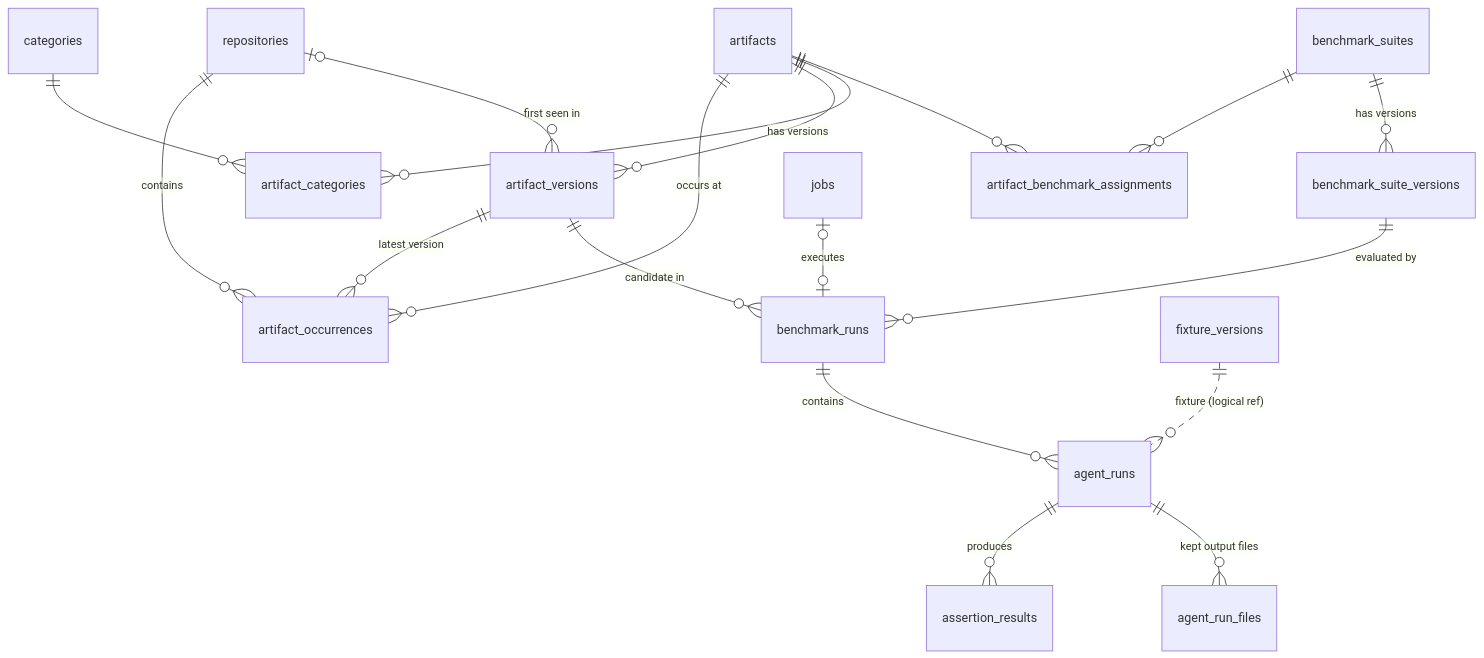
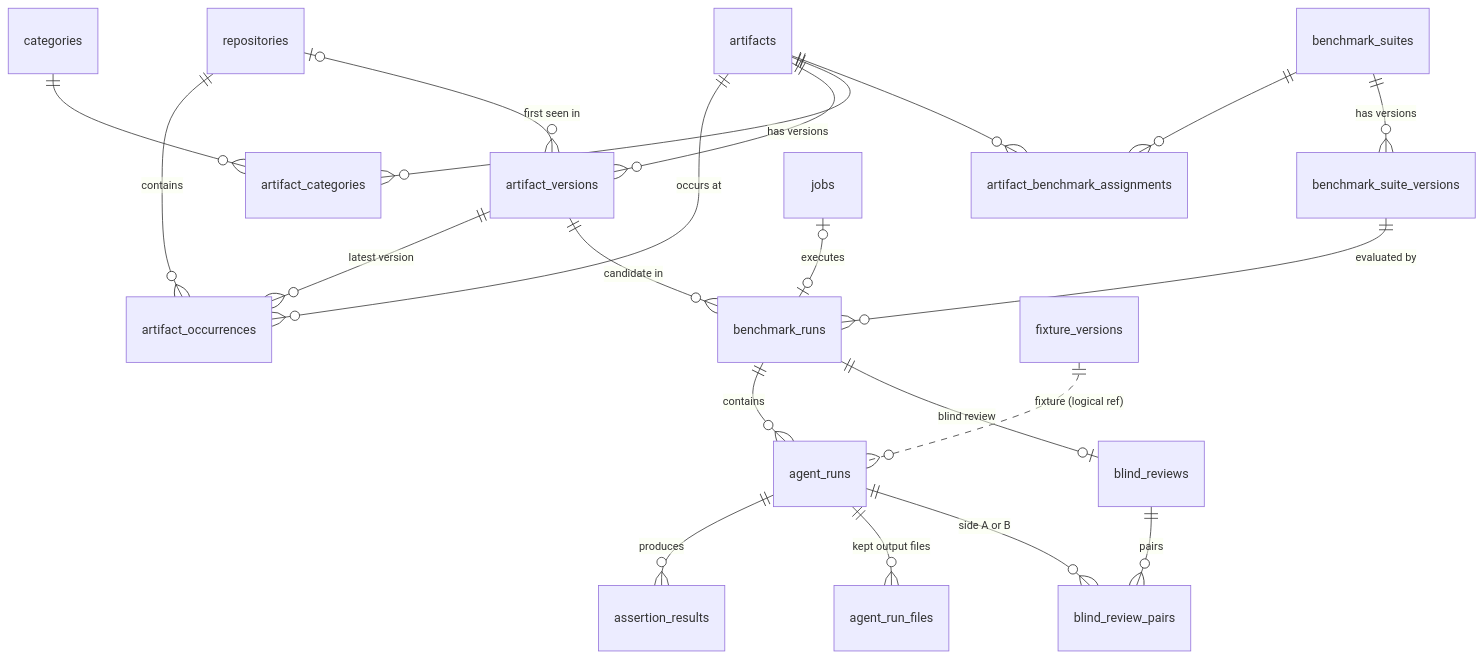
One commit to MetaX5/DirectiveBench changed the diagram in .ai/specs/2026-10-14-database-schema.md. Above: the diagram before and after it, drawn with Mermaid. The commit also changed other lines of this file and 6 other files, not shown here.

First line of the commit message:
fix(web): recheck the blind review right before rendering a labelled view

````diff
--- a/.ai/specs/2026-10-14-database-schema.md
+++ b/.ai/specs/2026-10-14-database-schema.md
@@ -32,20 +32,23 @@
 ```mermaid
 erDiagram
   repositories ||--o{ artifact_occurrences : contains
   artifacts ||--o{ artifact_occurrences : "occurs at"
   artifacts ||--o{ artifact_versions : "has versions"
   artifact_versions ||--o{ artifact_occurrences : "latest version"
   repositories |o--o{ artifact_versions : "first seen in"
   artifacts ||--o{ artifact_categories : ""
   categories ||--o{ artifact_categories : ""
   artifacts ||--o{ artifact_benchmark_assignments : ""
   benchmark_suites ||--o{ artifact_benchmark_assignments : ""
   benchmark_suites ||--o{ benchmark_suite_versions : "has versions"
   jobs |o--o| benchmark_runs : executes
   benchmark_suite_versions ||--o{ benchmark_runs : "evaluated by"
   artifact_versions ||--o{ benchmark_runs : "candidate in"
   benchmark_runs ||--o{ agent_runs : contains
   agent_runs ||--o{ assertion_results : produces
   agent_runs ||--o{ agent_run_files : "kept output files"
+  benchmark_runs ||--o| blind_reviews : "blind review"
+  blind_reviews ||--o{ blind_review_pairs : "pairs"
+  agent_runs ||--o{ blind_review_pairs : "side A or B"
   fixture_versions ||..o{ agent_runs : "fixture (logical ref)"
 ```
````
